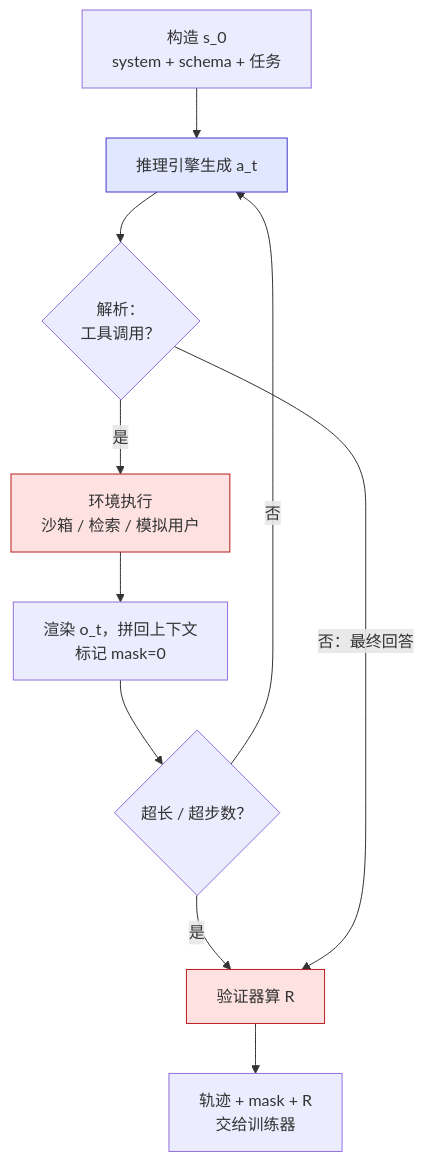
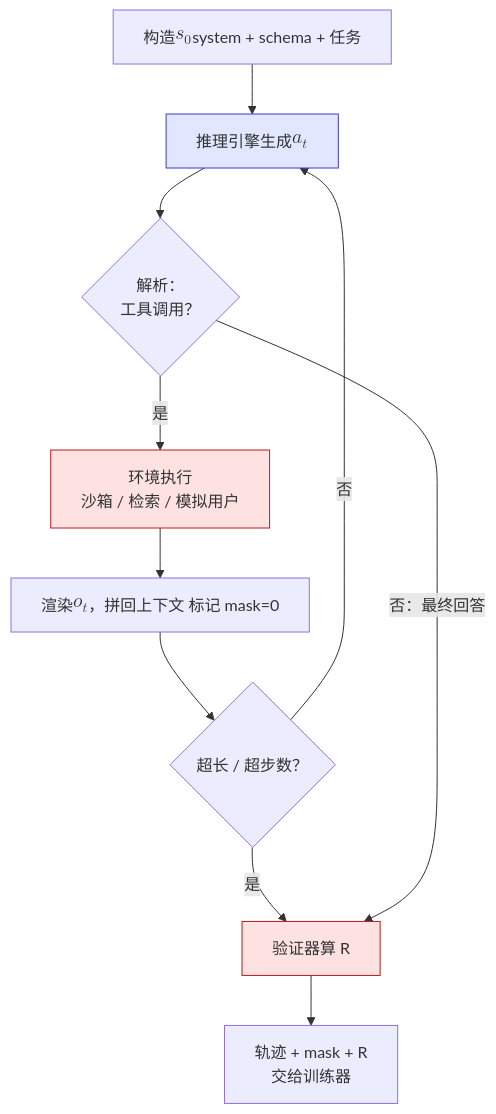
The diagram in _posts/2026-04-21-agentic-rl-tool-use-environments-and-trajectories.md (arganzheng/arganzheng.github.com), drawn with Mermaid before and after one commit.

Commit message:
后训练（06）：Agent 与工具调用的 RL：多轮环境、轨迹数据与延后的奖励：Mermaid 伪公式改用 KaTeX
Mermaid 里的伪公式（Unicode 上下标、下划线下标、ᵀ、帽子 / 波浪号、希腊字母变量）改为 $$…$$，按正文的写法排版：
- $$s_0$$
- $$a_t$$
- $$o_t$$

代码名、形状写法、只有 ² 的写法保持原样。

````diff
--- a/_posts/2026-04-21-agentic-rl-tool-use-environments-and-trajectories.md
+++ b/_posts/2026-04-21-agentic-rl-tool-use-environments-and-trajectories.md
@@ -283,18 +283,18 @@
 ```mermaid
 %% 图：agent loop 的一条轨迹：生成、解析工具调用、环境执行、渲染观察拼回上下文，直到最终回答交给验证器
 flowchart TB
-    S["构造 s_0<br/>system + schema + 任务"] --> G["推理引擎生成 a_t"]
+    S["构造 $$s_0$$<br/>system + schema + 任务"] --> G["推理引擎生成 $$a_t$$"]
     G --> P{"解析：<br/>工具调用？"}
     P -- 是 --> E["环境执行<br/>沙箱 / 检索 / 模拟用户"]
-    E --> O["渲染 o_t，拼回上下文<br/>标记 mask=0"]
+    E --> O["渲染 $$o_t$$，拼回上下文<br/>标记 mask=0"]
     O --> C{"超长 / 超步数？"}
     C -- 否 --> G
     C -- 是 --> V
     P -- 否：最终回答 --> V["验证器算 R"]
     V --> T["轨迹 + mask + R<br/>交给训练器"]
 
     classDef env fill:#fee2e2,stroke:#b91c1c;
     classDef model fill:#e0e7ff,stroke:#4338ca;
     class E,V env;
     class G model;
 ```
````
